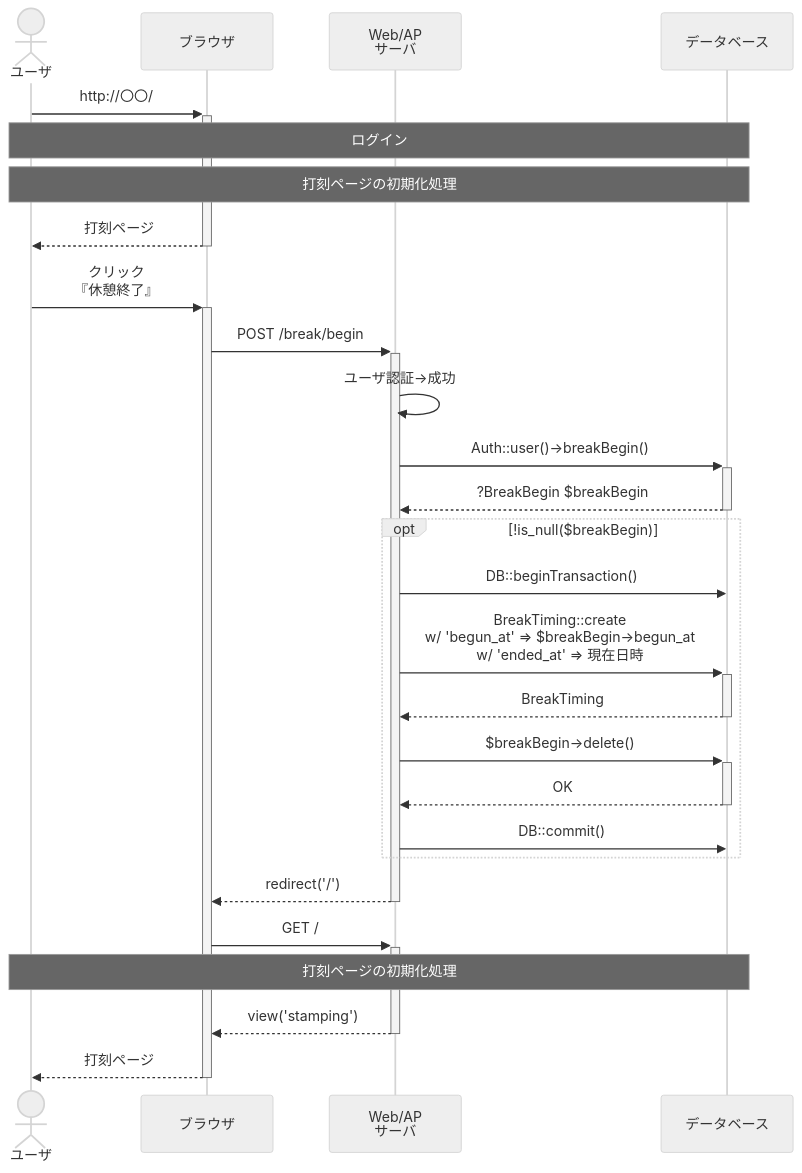
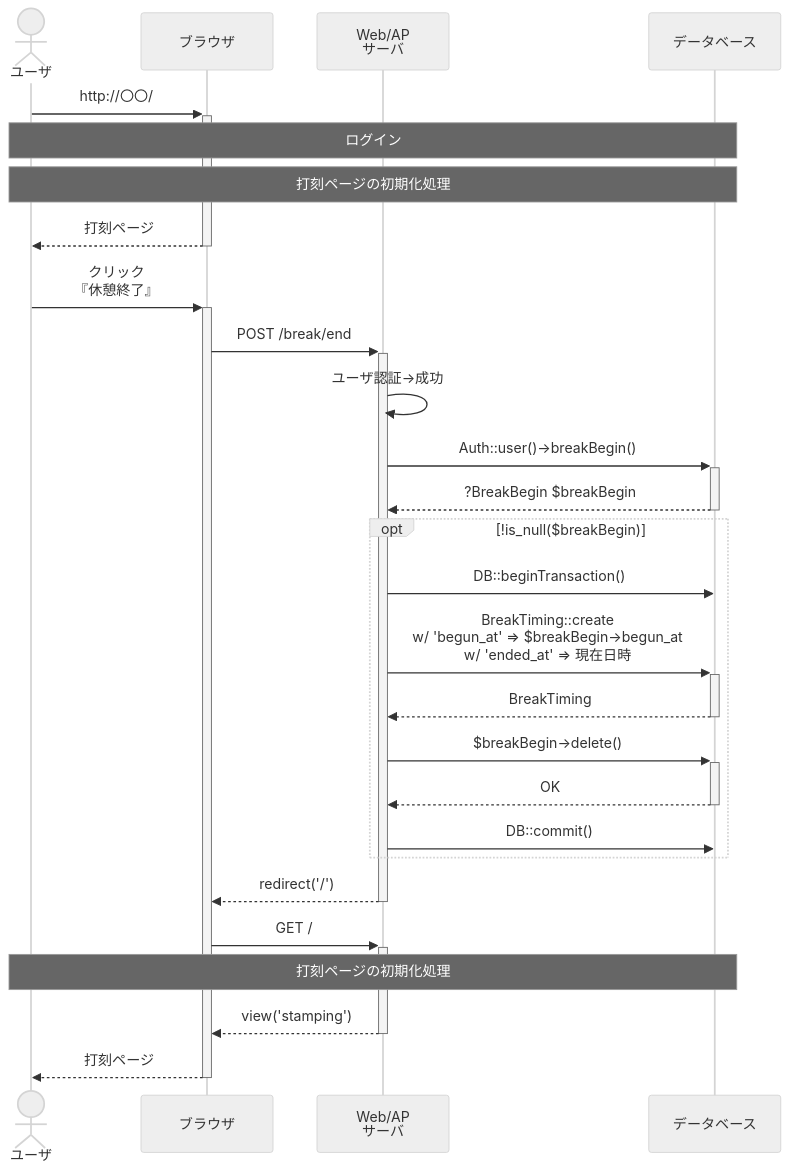
The diagram in doc/シーケンス図/休憩終了.md (ryamao/atte), drawn with Mermaid (neutral theme) before and after one commit. The commit also changed 1 other file, not shown here.

Commit message:
doc: シーケンス図の誤字を修正

````diff
--- a/doc/シーケンス図/休憩終了.md
+++ b/doc/シーケンス図/休憩終了.md
@@ -3,31 +3,31 @@
 ```mermaid
 sequenceDiagram
   actor U as ユーザ
   participant B as ブラウザ
   participant A as Web/AP<br>サーバ
   participant D as データベース
 
   U ->>+ B : http://〇〇/
   note over U, D : ログイン
   note over U, D : 打刻ページの初期化処理
   B -->>- U : 打刻ページ
 
   U ->>+ B : クリック<br>『休憩終了』
-  B ->>+ A : POST /break/begin
+  B ->>+ A : POST /break/end
   A ->> A : ユーザ認証→成功
   A ->>+ D : Auth::user()->breakBegin()
   D -->>- A : ?BreakBegin $breakBegin
   opt !is_null($breakBegin)
     A ->> D : DB::beginTransaction()
     A ->>+ D : BreakTiming::create<br>w/ 'begun_at' => $breakBegin->begun_at<br>w/ 'ended_at' => 現在日時
     D -->>- A : BreakTiming
     A ->>+ D : $breakBegin->delete()
     D -->>- A : OK
     A ->> D : DB::commit()
   end
   A -->>- B : redirect('/')
   B ->>+ A : GET /
   note over U, D : 打刻ページの初期化処理
   A -->>- B : view('stamping')
   B -->>- U : 打刻ページ
 ```
````
